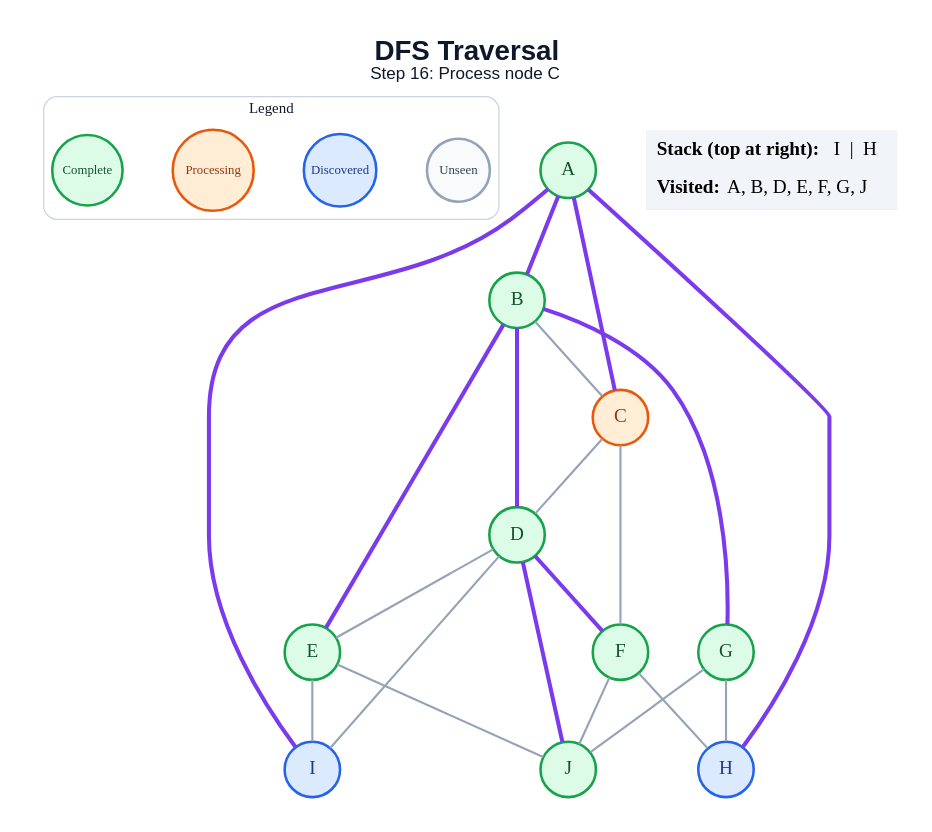
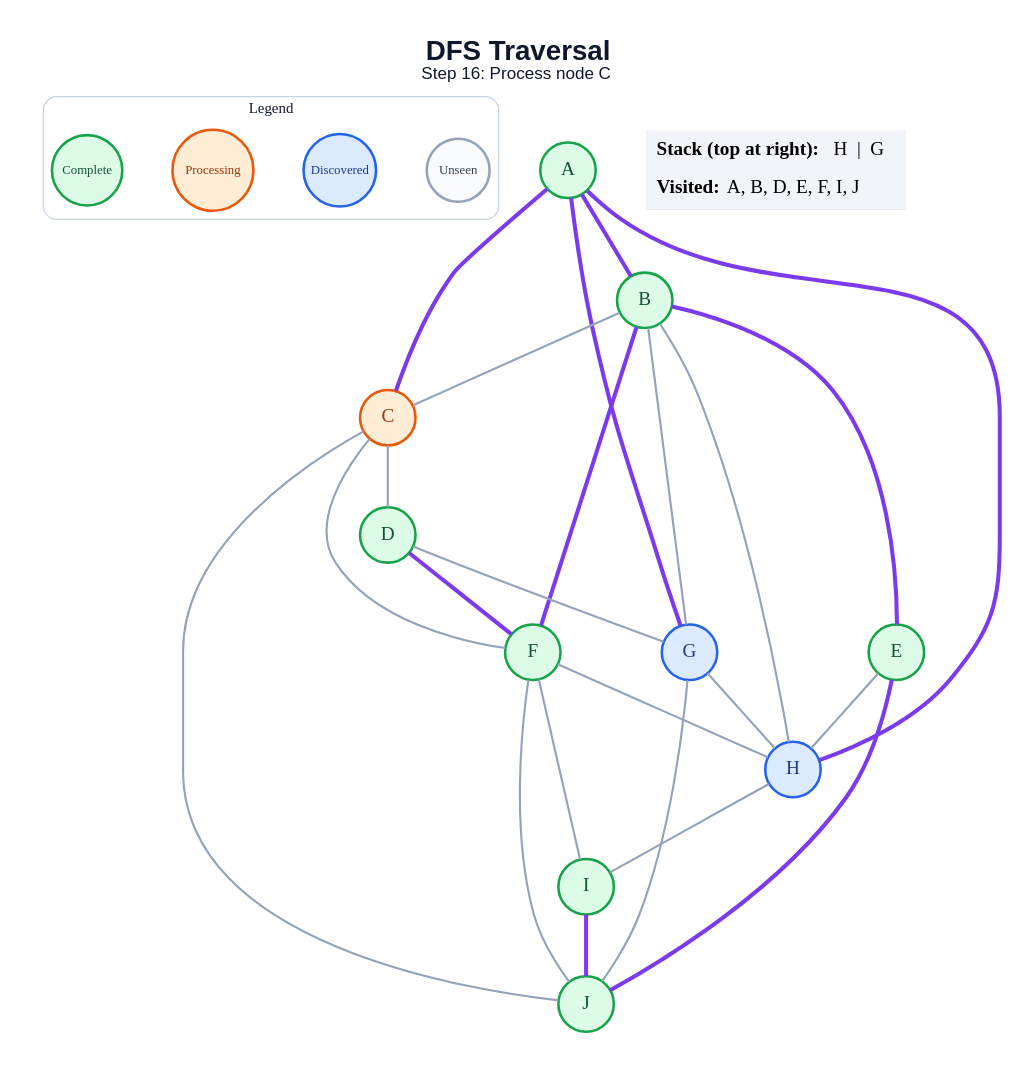
The diagram in generated/dfs/step_16.dot (anon7238593-create/ai-slop), drawn with Graphviz before and after one commit. The commit also changed 171 other files, not shown here.

```diff
--- a/generated/dfs/step_16.dot
+++ b/generated/dfs/step_16.dot
@@ -1,49 +1,52 @@
 graph traversal {
   graph [layout=dot, rankdir=TB, bgcolor="#FFFFFF", pad="0.35", nodesep="0.65", ranksep="0.8", fontname="Arial"];
   node [shape=circle, style="filled", fontname="Arial Bold", fontsize=18, width=0.72, fixedsize=true, penwidth=2.4];
   edge [color="#94A3B8", penwidth=2.0];
   label=<<B>DFS Traversal</B><BR/><FONT POINT-SIZE="16">Step 16: Process node C</FONT>>; labelloc="t"; fontsize=26; fontname="Arial"; fontcolor="#0F172A";
   subgraph cluster_legend { label="Legend"; color="#CBD5E1"; penwidth=1.2; style="rounded"; fontsize=14; fontname="Arial Bold";
     key_unseen [label="Unseen", fillcolor="#F8FAFC", color="#94A3B8", fontcolor="#334155", fontsize=12, width=0.82];
     key_frontier [label="Discovered", fillcolor="#DBEAFE", color="#2563EB", fontcolor="#1E3A8A", fontsize=12, width=0.95];
     key_current [label="Processing", fillcolor="#FFEDD5", color="#EA580C", fontcolor="#9A3412", fontsize=12, width=1.05];
     key_done [label="Complete", fillcolor="#DCFCE7", color="#16A34A", fontcolor="#14532D", fontsize=12, width=0.92];
     { rank=same; key_unseen; key_frontier; key_current; key_done; }
   }
   A [fillcolor="#DCFCE7", color="#16A34A", fontcolor="#14532D"];
   B [fillcolor="#DCFCE7", color="#16A34A", fontcolor="#14532D"];
   C [fillcolor="#FFEDD5", color="#EA580C", fontcolor="#9A3412"];
   D [fillcolor="#DCFCE7", color="#16A34A", fontcolor="#14532D"];
   E [fillcolor="#DCFCE7", color="#16A34A", fontcolor="#14532D"];
   F [fillcolor="#DCFCE7", color="#16A34A", fontcolor="#14532D"];
-  G [fillcolor="#DCFCE7", color="#16A34A", fontcolor="#14532D"];
+  G [fillcolor="#DBEAFE", color="#2563EB", fontcolor="#1E3A8A"];
   H [fillcolor="#DBEAFE", color="#2563EB", fontcolor="#1E3A8A"];
-  I [fillcolor="#DBEAFE", color="#2563EB", fontcolor="#1E3A8A"];
+  I [fillcolor="#DCFCE7", color="#16A34A", fontcolor="#14532D"];
   J [fillcolor="#DCFCE7", color="#16A34A", fontcolor="#14532D"];
   A -- B [color="#7C3AED", penwidth=3.8];
   A -- C [color="#7C3AED", penwidth=3.8];
+  A -- G [color="#7C3AED", penwidth=3.8];
   A -- H [color="#7C3AED", penwidth=3.8];
-  A -- I [color="#7C3AED", penwidth=3.8];
   B -- C;
-  B -- D [color="#7C3AED", penwidth=3.8];
   B -- E [color="#7C3AED", penwidth=3.8];
-  B -- G [color="#7C3AED", penwidth=3.8];
+  B -- F [color="#7C3AED", penwidth=3.8];
+  B -- G;
+  B -- H;
   C -- D;
   C -- F;
-  D -- E;
+  C -- J;
   D -- F [color="#7C3AED", penwidth=3.8];
-  D -- I;
-  D -- J [color="#7C3AED", penwidth=3.8];
-  E -- I;
-  E -- J;
+  D -- G;
+  E -- H;
+  E -- J [color="#7C3AED", penwidth=3.8];
   F -- H;
+  F -- I;
   F -- J;
   G -- H;
   G -- J;
+  H -- I;
+  I -- J [color="#7C3AED", penwidth=3.8];
   status [shape=plain, fixedsize=false, width=0, height=0, margin=0, label=<
     <TABLE BORDER="0" CELLBORDER="0" CELLPADDING="7" BGCOLOR="#F1F5F9">
-      <TR><TD ALIGN="LEFT"><B>Stack (top at right):</B> I  |  H</TD></TR>
-      <TR><TD ALIGN="LEFT"><B>Visited:</B> A, B, D, E, F, G, J</TD></TR>
+      <TR><TD ALIGN="LEFT"><B>Stack (top at right):</B> H  |  G</TD></TR>
+      <TR><TD ALIGN="LEFT"><B>Visited:</B> A, B, D, E, F, I, J</TD></TR>
     </TABLE>
   >];
 }
```
